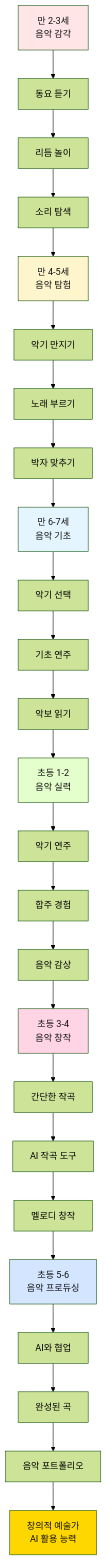
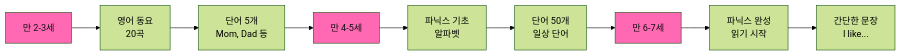
One commit to Collegenie-X/froebel changed the eighth of 38 diagrams in 3단계-나이별_프뢰벨교육과_AI시대_종합가이드.md. Above: the diagram before and after it, drawn with Mermaid (forest theme). The commit also changed other lines of this file and 5 other files, not shown here.

````diff
--- a/3단계-나이별_프뢰벨교육과_AI시대_종합가이드.md
+++ b/3단계-나이별_프뢰벨교육과_AI시대_종합가이드.md
@@ -296,42 +303,19 @@
 ```mermaid
-graph TD
-    A[만 2-3세<br/>음악 감각] --> A1[동요 듣기]
-    A1 --> A2[리듬 놀이]
-    A2 --> A3[소리 탐색]
+graph LR
+    A[만 2-3세] --> A1[영어 동요<br/>20곡]
+    A1 --> A2[단어 5개<br/>Mom, Dad 등]
     
-    B[만 4-5세<br/>음악 탐험] --> B1[악기 만지기]
-    B1 --> B2[노래 부르기]
-    B2 --> B3[박자 맞추기]
+    B[만 4-5세] --> B1[파닉스 기초<br/>알파벳]
+    B1 --> B2[단어 50개<br/>일상 단어]
     
-    C[만 6-7세<br/>음악 기초] --> C1[악기 선택]
-    C1 --> C2[기초 연주]
-    C2 --> C3[악보 읽기]
+    C[만 6-7세] --> C1[파닉스 완성<br/>읽기 시작]
+    C1 --> C2[간단한 문장<br/>I like...]
+
+    A2 --> B
+    B2 --> C
+
+    style A fill:#FF69B4,color:#111
+    style B fill:#FF69B4,color:#111
+    style C fill:#FF69B4,color:#111
     
-    D[초등 1-2<br/>음악 실력] --> D1[악기 연주]
-    D1 --> D2[합주 경험]
-    D2 --> D3[음악 감상]
-    
-    E[초등 3-4<br/>음악 창작] --> E1[간단한 작곡]
-    E1 --> E2[AI 작곡 도구]
-    E2 --> E3[멜로디 창작]
-    
-    F[초등 5-6<br/>음악 프로듀싱] --> F1[AI와 협업]
-    F1 --> F2[완성된 곡]
-    F2 --> F3[음악 포트폴리오]
-    
-    A3 --> B
-    B3 --> C
-    C3 --> D
-    D3 --> E
-    E3 --> F
-    
-    F3 --> G[창의적 예술가<br/>AI 활용 능력]
-    
-    style A fill:#FFE5E5,color:#111
-    style B fill:#FFF5CC,color:#111
-    style C fill:#E5F5FF,color:#111
-    style D fill:#E5FFCC,color:#111
-    style E fill:#FFD4E5,color:#111
-    style F fill:#D4E5FF,color:#111
-    style G fill:#FFD700,color:#111
 ```
````
